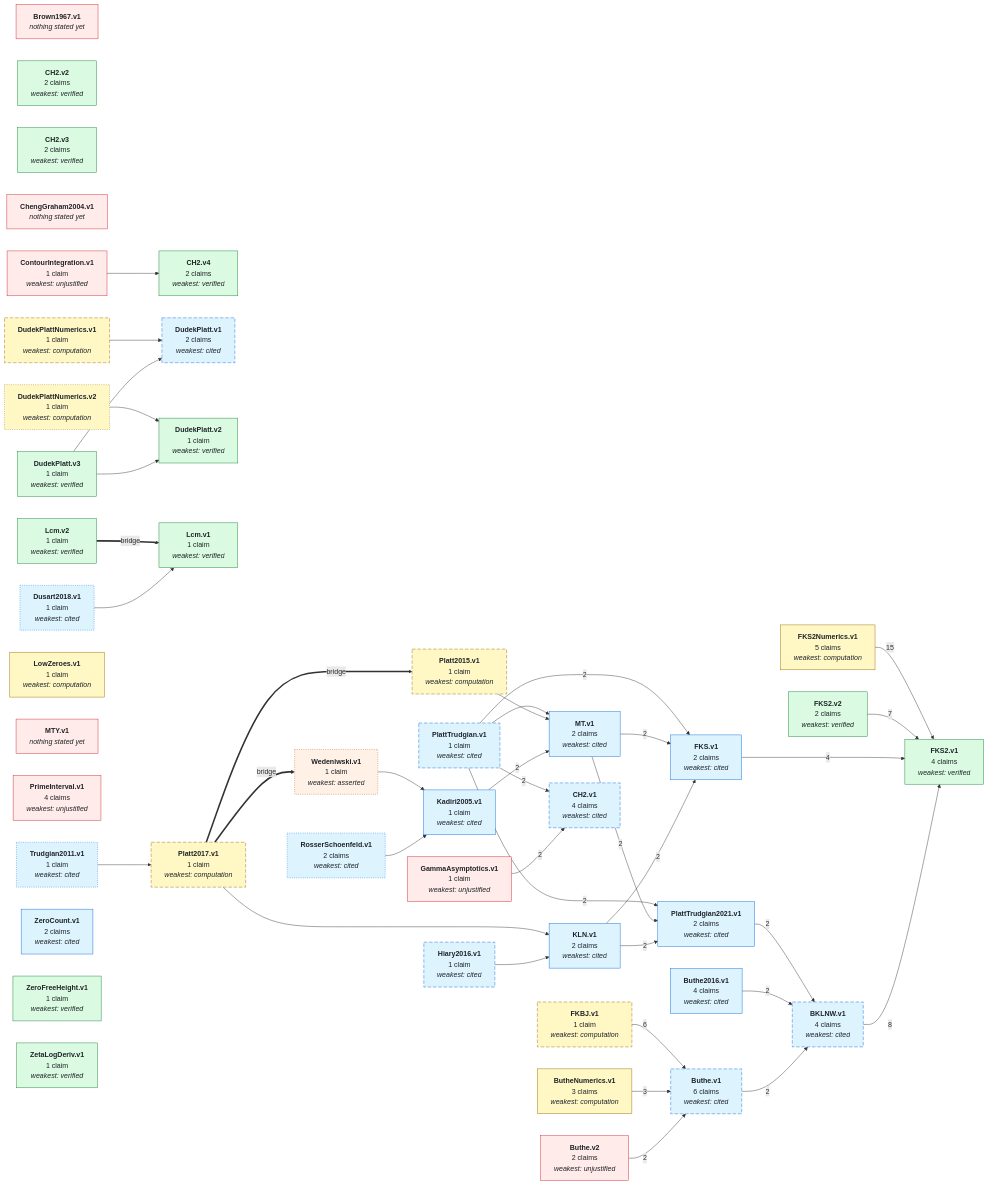
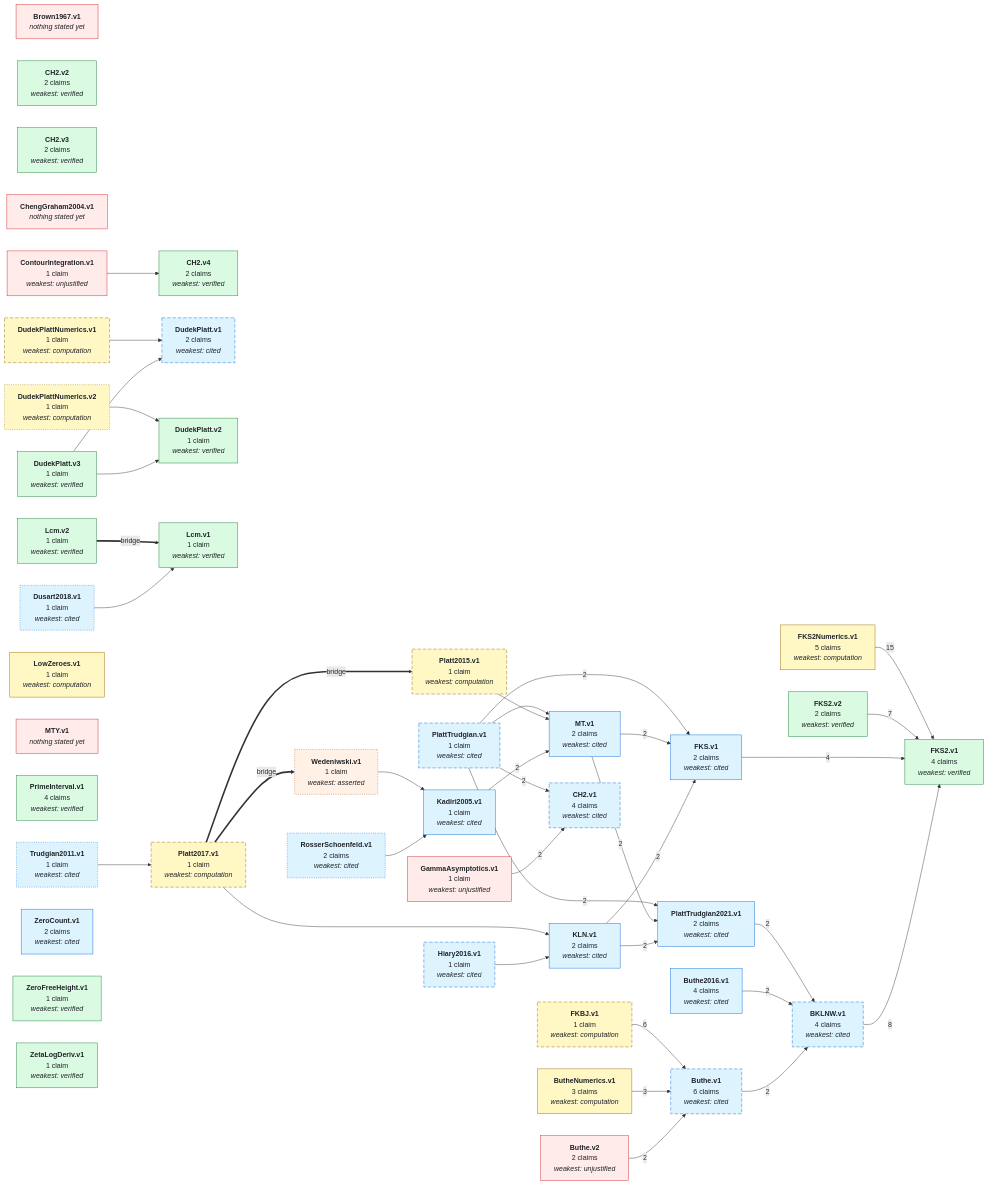
The first of 2 diagrams in GRAPH.md (Chessing234/IEANTN), drawn with Mermaid before and after one commit. The commit also changed other lines of this file and 8 other files, not shown here.

Commit message:
Record verification receipt for PrimeInterval.v1

```diff
--- a/GRAPH.md
+++ b/GRAPH.md
@@ -88,7 +88,7 @@
   NPlatt2017_v1["<b>Platt2017.v1</b><br/>1 claim<br/><i>weakest: computation</i>"]
   NPlattTrudgian_v1["<b>PlattTrudgian.v1</b><br/>1 claim<br/><i>weakest: cited</i>"]
   NPlattTrudgian2021_v1["<b>PlattTrudgian2021.v1</b><br/>2 claims<br/><i>weakest: cited</i>"]
-  NPrimeInterval_v1["<b>PrimeInterval.v1</b><br/>4 claims<br/><i>weakest: unjustified</i>"]
+  NPrimeInterval_v1["<b>PrimeInterval.v1</b><br/>4 claims<br/><i>weakest: verified</i>"]
   NRosserSchoenfeld_v1["<b>RosserSchoenfeld.v1</b><br/>2 claims<br/><i>weakest: cited</i>"]
   NTrudgian2011_v1["<b>Trudgian2011.v1</b><br/>1 claim<br/><i>weakest: cited</i>"]
   NWedeniwski_v1["<b>Wedeniwski.v1</b><br/>1 claim<br/><i>weakest: asserted</i>"]
@@ -145,11 +145,11 @@
   style NRosserSchoenfeld_v1 stroke-dasharray: 2 3;
   style NTrudgian2011_v1 stroke-dasharray: 2 3;
   style NWedeniwski_v1 stroke-dasharray: 2 3;
-  class NBrown1967_v1,NButhe_v2,NChengGraham2004_v1,NContourIntegration_v1,NGammaAsymptotics_v1,NMTY_v1,NPrimeInterval_v1 none_yet;
+  class NBrown1967_v1,NButhe_v2,NChengGraham2004_v1,NContourIntegration_v1,NGammaAsymptotics_v1,NMTY_v1 none_yet;
   class NWedeniwski_v1 asserted;
   class NBKLNW_v1,NButhe_v1,NButhe2016_v1,NCH2_v1,NDudekPlatt_v1,NDusart2018_v1,NFKS_v1,NHiary2016_v1,NKLN_v1,NKadiri2005_v1,NMT_v1,NPlattTrudgian_v1,NPlattTrudgian2021_v1,NRosserSchoenfeld_v1,NTrudgian2011_v1,NZeroCount_v1 literature;
   class NButheNumerics_v1,NDudekPlattNumerics_v1,NDudekPlattNumerics_v2,NFKBJ_v1,NFKS2Numerics_v1,NLowZeroes_v1,NPlatt2015_v1,NPlatt2017_v1 numerical;
-  class NCH2_v2,NCH2_v3,NCH2_v4,NDudekPlatt_v2,NDudekPlatt_v3,NFKS2_v1,NFKS2_v2,NLcm_v1,NLcm_v2,NZeroFreeHeight_v1,NZetaLogDeriv_v1 lean_comparator;
+  class NCH2_v2,NCH2_v3,NCH2_v4,NDudekPlatt_v2,NDudekPlatt_v3,NFKS2_v1,NFKS2_v2,NLcm_v1,NLcm_v2,NPrimeInterval_v1,NZeroFreeHeight_v1,NZetaLogDeriv_v1 lean_comparator;
   click NBKLNW_v1 href "https://github.com/teorth/IEANTN/blob/main/docs/nodes/BKLNW-v1.md" _blank
   click NButhe_v1 href "https://github.com/teorth/IEANTN/blob/main/docs/nodes/Buthe-v1.md" _blank
   click NButhe_v2 href "https://github.com/teorth/IEANTN/blob/main/docs/nodes/Buthe-v2.md" _blank
```
